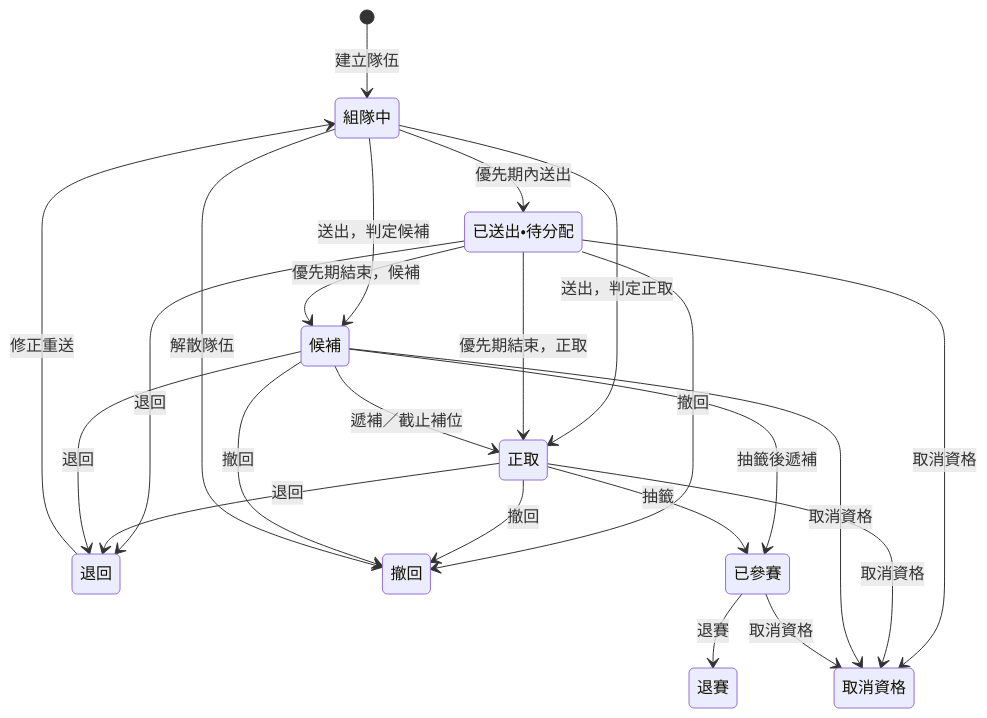
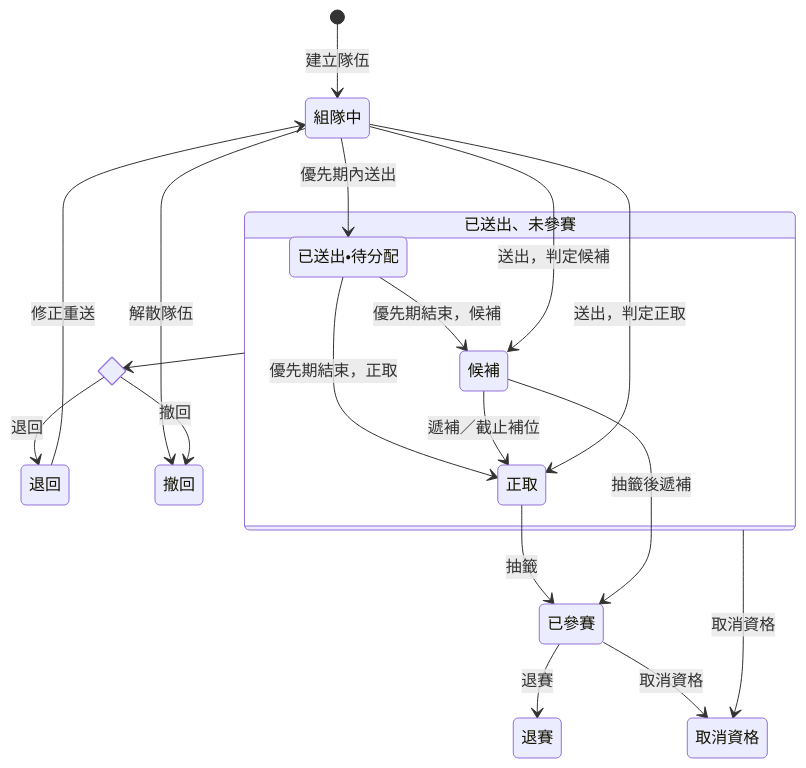
Before and after one commit to Team14good/esport-platform: the second of 19 diagrams in docs/midterm/B-軟體需求分析文件.md, drawn with Mermaid. The commit also changed other lines of this file and 11 other files, not shown here.

First line of the commit message:
docs: 簡化期中文件 B、C 的圖面 (#83)

````diff
--- a/docs/midterm/B-軟體需求分析文件.md
+++ b/docs/midterm/B-軟體需求分析文件.md
@@ -591,34 +591,32 @@
 ```mermaid
 stateDiagram-v2
   state "組隊中" as forming
-  state "已送出・待分配" as pending
-  state "正取" as accepted
-  state "候補" as waitlisted
   state "退回" as rejected
   state "撤回" as withdrawn
-  state "已參賽" as drawn
   state "退賽" as retired
   state "取消資格" as disqualified
+  state "已參賽" as drawn
+  state leave <<choice>>
+  state "已送出、未參賽" as notdrawn {
+    state "已送出・待分配" as pending
+    state "正取" as accepted
+    state "候補" as waitlisted
+    pending --> accepted : 優先期結束，正取
+    pending --> waitlisted : 優先期結束，候補
+    waitlisted --> accepted : 遞補／截止補位
+  }
   [*] --> forming : 建立隊伍
   forming --> pending : 優先期內送出
   forming --> accepted : 送出，判定正取
   forming --> waitlisted : 送出，判定候補
-  pending --> accepted : 優先期結束，正取
-  pending --> waitlisted : 優先期結束，候補
-  waitlisted --> accepted : 遞補／截止補位
-  waitlisted --> drawn : 抽籤後遞補
-  pending --> rejected : 退回
-  accepted --> rejected : 退回
-  waitlisted --> rejected : 退回
-  rejected --> forming : 修正重送
-  pending --> withdrawn : 撤回
-  accepted --> withdrawn : 撤回
-  waitlisted --> withdrawn : 撤回
   forming --> withdrawn : 解散隊伍
   accepted --> drawn : 抽籤
+  waitlisted --> drawn : 抽籤後遞補
+  notdrawn --> leave
+  leave --> rejected : 退回
+  leave --> withdrawn : 撤回
+  notdrawn --> disqualified : 取消資格
+  rejected --> forming : 修正重送
   drawn --> retired : 退賽
-  pending --> disqualified : 取消資格
-  accepted --> disqualified : 取消資格
-  waitlisted --> disqualified : 取消資格
   drawn --> disqualified : 取消資格
 ```
````
